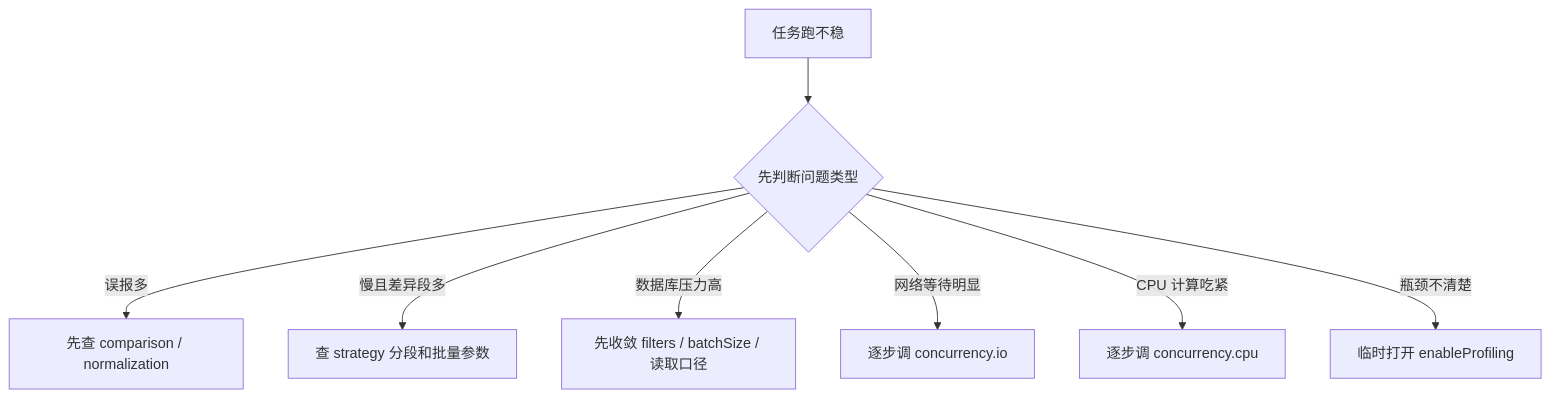
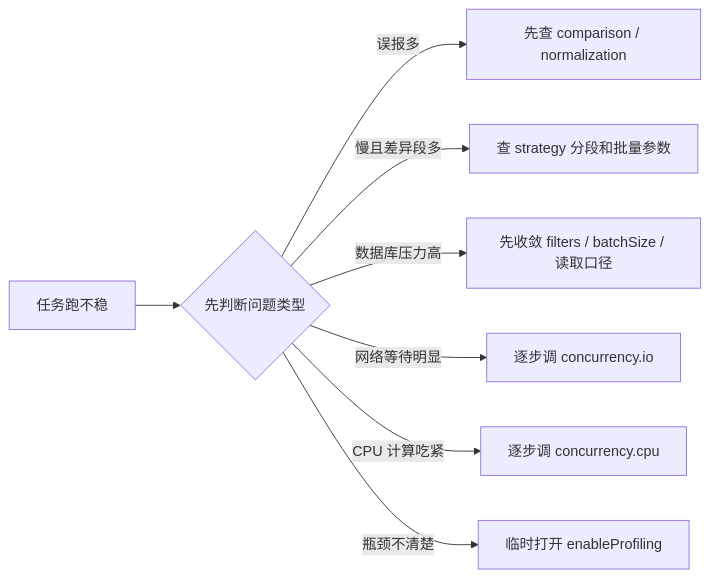
Before and after one commit to xiaoyao0120/consilens: the second of 2 diagrams in website/配置讲解/03-让任务跑得稳：strategy、normalization 与 concurrency.md, drawn with Mermaid. The commit also changed 7 other files, not shown here.

````diff
--- a/website/配置讲解/03-让任务跑得稳：strategy、normalization 与 concurrency.md
+++ b/website/配置讲解/03-让任务跑得稳：strategy、normalization 与 concurrency.md
@@ -294,10 +294,10 @@
 ```mermaid
-flowchart TD
+flowchart LR
     A["任务跑不稳"] --> B{"先判断问题类型"}
     B -->|误报多| C["先查 comparison / normalization"]
     B -->|慢且差异段多| D["查 strategy 分段和批量参数"]
     B -->|数据库压力高| E["先收敛 filters / batchSize / 读取口径"]
     B -->|网络等待明显| F["逐步调 concurrency.io"]
     B -->|CPU 计算吃紧| G["逐步调 concurrency.cpu"]
     B -->|瓶颈不清楚| H["临时打开 enableProfiling"]
 ```
````
